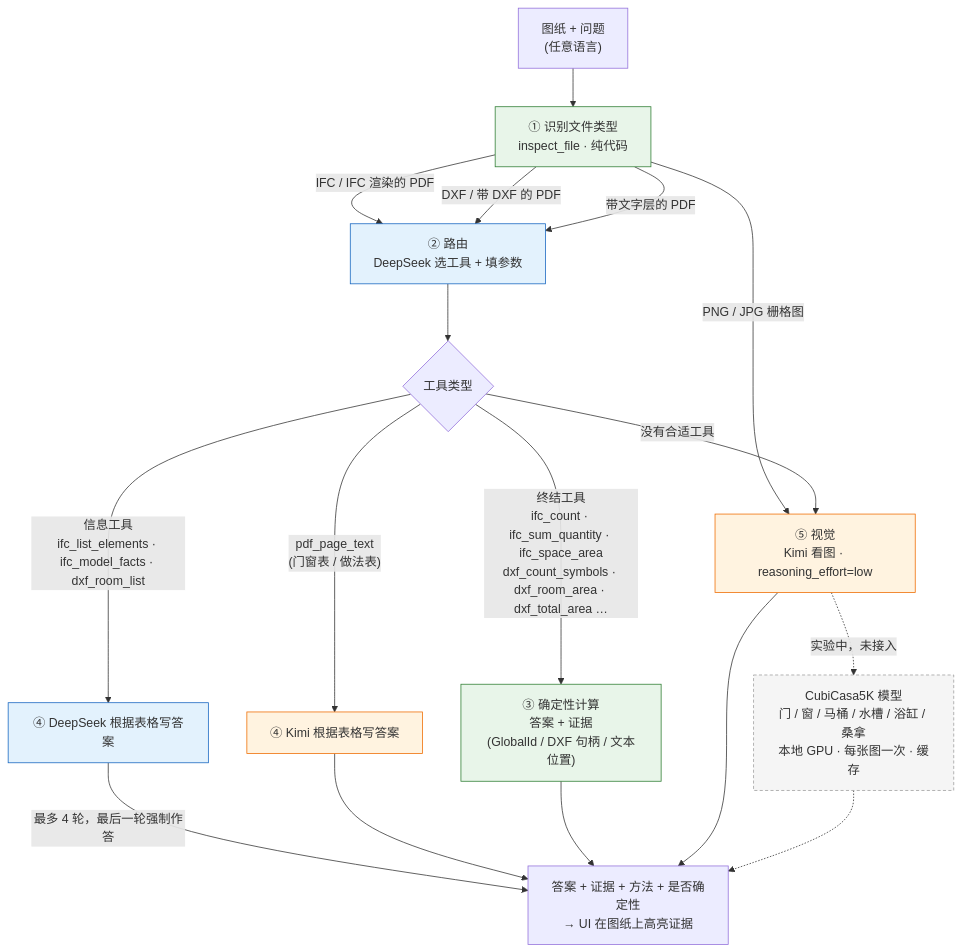
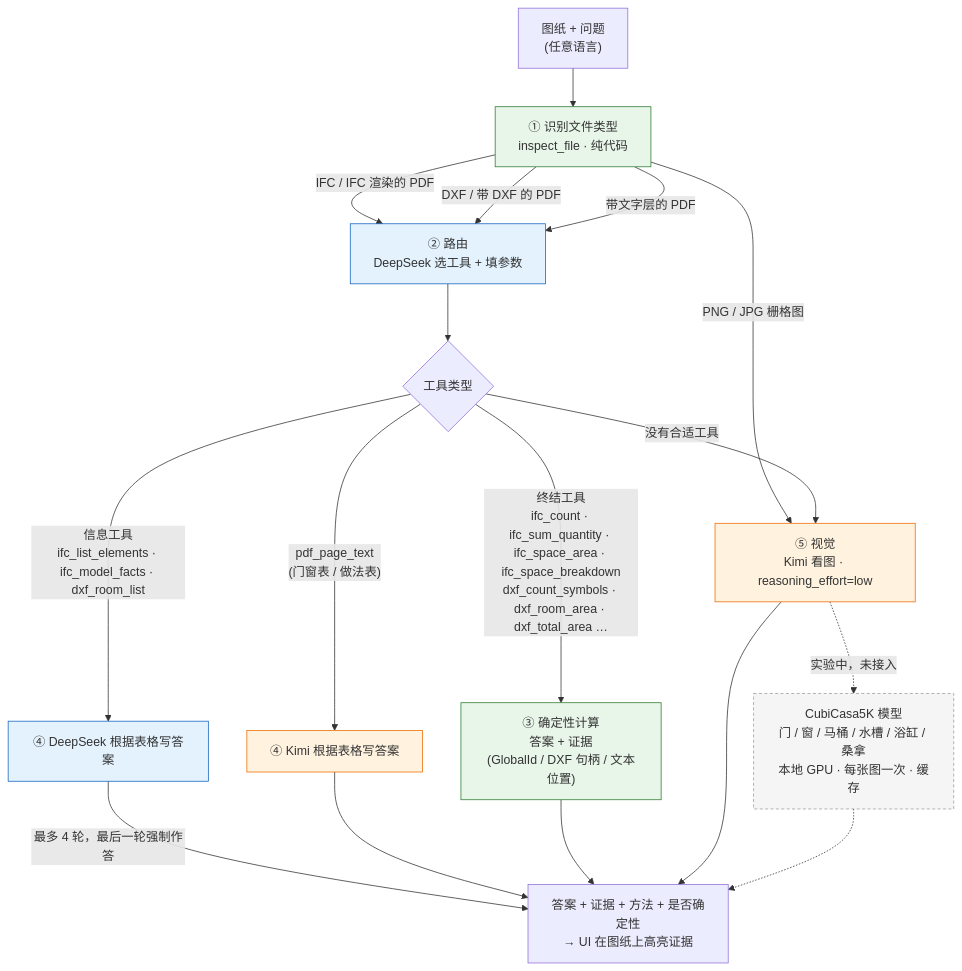
One commit to chaowang0524/metsatalo-stoa changed the diagram in PIPELINE.md. Above: the diagram before and after it, drawn with Mermaid. The commit also changed 3 other files, not shown here.

First line of the commit message:
Add ifc_space_breakdown and give the router the IFC storey names

````diff
--- a/PIPELINE.md
+++ b/PIPELINE.md
@@ -5,36 +5,36 @@
 ```mermaid
 flowchart TD
     A["图纸 + 问题<br/>(任意语言)"] --> B["① 识别文件类型<br/>inspect_file · 纯代码"]
 
     B -->|"PNG / JPG 栅格图"| V
     B -->|"IFC / IFC 渲染的 PDF"| R
     B -->|"DXF / 带 DXF 的 PDF"| R
     B -->|"带文字层的 PDF"| R
 
     R["② 路由<br/>DeepSeek 选工具 + 填参数"] --> T{"工具类型"}
 
-    T -->|"终结工具<br/>ifc_count · ifc_sum_quantity · ifc_space_area<br/>dxf_count_symbols · dxf_room_area · dxf_total_area …"| D["③ 确定性计算<br/>答案 + 证据<br/>(GlobalId / DXF 句柄 / 文本位置)"]
+    T -->|"终结工具<br/>ifc_count · ifc_sum_quantity · ifc_space_area · ifc_space_breakdown<br/>dxf_count_symbols · dxf_room_area · dxf_total_area …"| D["③ 确定性计算<br/>答案 + 证据<br/>(GlobalId / DXF 句柄 / 文本位置)"]
     T -->|"信息工具<br/>ifc_list_elements · ifc_model_facts · dxf_room_list"| C1["④ DeepSeek 根据表格写答案"]
     T -->|"pdf_page_text<br/>(门窗表 / 做法表)"| C2["④ Kimi 根据表格写答案"]
     T -->|"没有合适工具"| V
 
     V["⑤ 视觉<br/>Kimi 看图 · reasoning_effort=low"]
     V -.->|"实验中，未接入"| CC["CubiCasa5K 模型<br/>门 / 窗 / 马桶 / 水槽 / 浴缸 / 桑拿<br/>本地 GPU · 每张图一次 · 缓存"]
 
     C1 -->|"最多 4 轮，最后一轮强制作答"| OUT
     C2 --> OUT
     D --> OUT
     V --> OUT
     CC -.-> OUT
 
     OUT["答案 + 证据 + 方法 + 是否确定性<br/>→ UI 在图纸上高亮证据"]
 
     classDef code fill:#e8f5e9,stroke:#2e7d32
     classDef cheap fill:#e3f2fd,stroke:#1565c0
     classDef strong fill:#fff3e0,stroke:#ef6c00
     classDef exp fill:#f5f5f5,stroke:#9e9e9e,stroke-dasharray: 4 3
     class B,D code
     class R,C1 cheap
     class C2,V strong
     class CC exp
 ```
````
